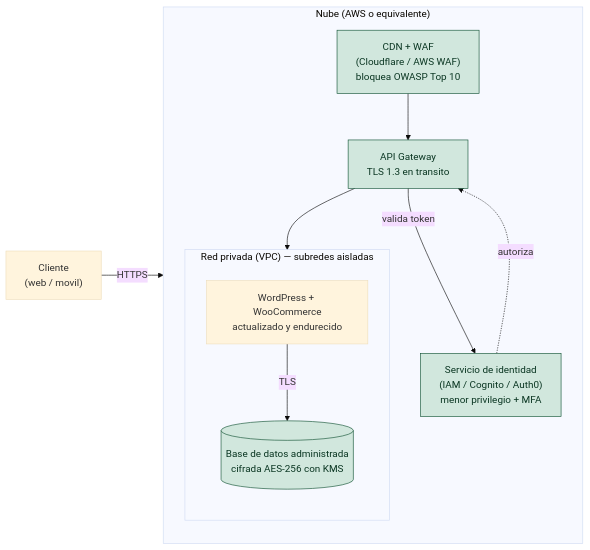
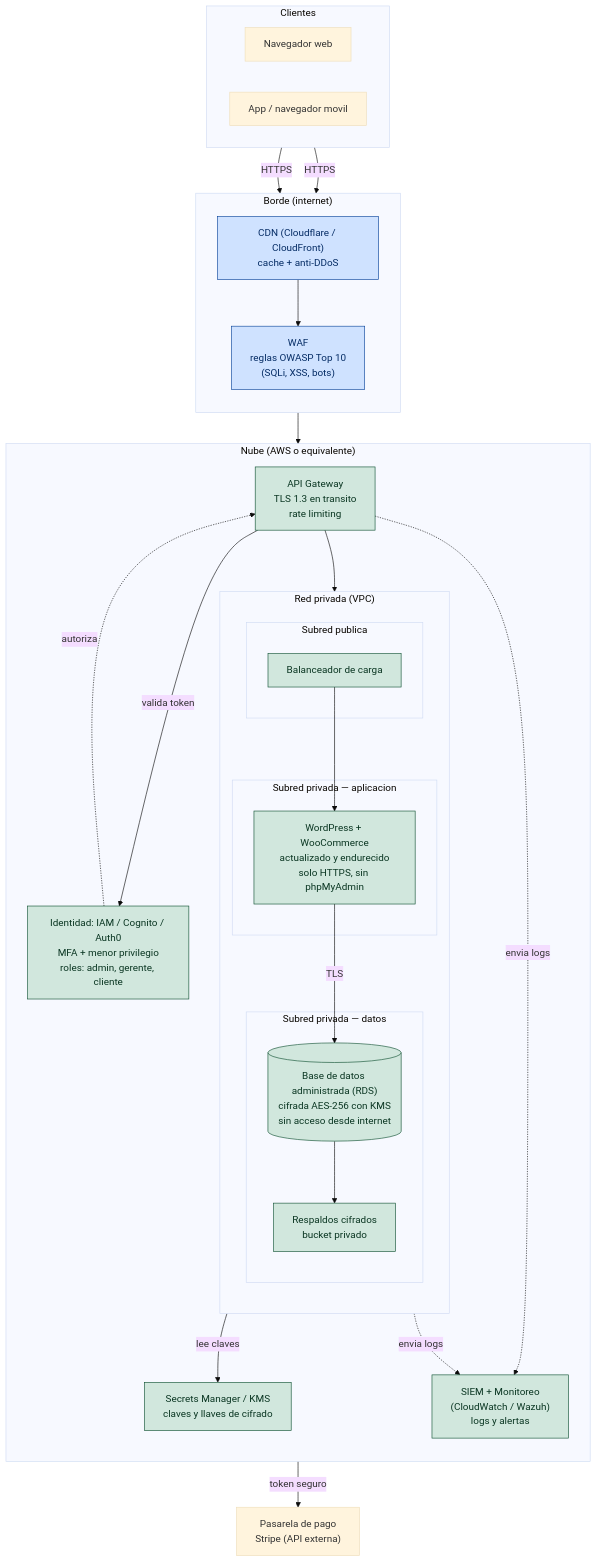
One commit to JavierNavas/tienda-moda-gt changed the second of 2 diagrams in ARQUITECTURA.md. Above: the diagram before and after it, drawn with Mermaid (base theme). The commit also changed other lines of this file and 1 other file, not shown here.

Commit message:
Mejora los diagramas: arquitectura de produccion as-is detallada y rediseno seguro con subredes, IAM, KMS y SIEM

````diff
--- a/ARQUITECTURA.md
+++ b/ARQUITECTURA.md
@@ -94,26 +128,57 @@
 ```mermaid
-flowchart LR
-    U["Cliente<br/>(web / movil)"]
+flowchart TB
+    subgraph CLIENTES["Clientes"]
+        direction LR
+        WEB["Navegador web"]
+        MOV["App / navegador movil"]
+    end
+
+    subgraph EDGE["Borde (internet)"]
+        direction TB
+        CDN["CDN (Cloudflare / CloudFront)<br/>cache + anti-DDoS"]
+        WAF["WAF<br/>reglas OWASP Top 10<br/>(SQLi, XSS, bots)"]
+    end
 
     subgraph CLOUD["Nube (AWS o equivalente)"]
         direction TB
-        WAF["CDN + WAF<br/>(Cloudflare / AWS WAF)<br/>bloquea OWASP Top 10"]
-        GW["API Gateway<br/>TLS 1.3 en transito"]
-        IAM["Servicio de identidad<br/>(IAM / Cognito / Auth0)<br/>menor privilegio + MFA"]
+        GW["API Gateway<br/>TLS 1.3 en transito<br/>rate limiting"]
+        IAM["Identidad: IAM / Cognito / Auth0<br/>MFA + menor privilegio<br/>roles: admin, gerente, cliente"]
+        SEC["Secrets Manager / KMS<br/>claves y llaves de cifrado"]
 
-        subgraph VPC["Red privada (VPC) — subredes aisladas"]
+        subgraph VPC["Red privada (VPC)"]
             direction TB
-            APP["WordPress + WooCommerce<br/>actualizado y endurecido"]
-            DB[("Base de datos administrada<br/>cifrada AES-256 con KMS")]
+            subgraph PUB["Subred publica"]
+                LB["Balanceador de carga"]
+            end
+            subgraph SAPP["Subred privada — aplicacion"]
+                APP["WordPress + WooCommerce<br/>actualizado y endurecido<br/>solo HTTPS, sin phpMyAdmin"]
+            end
+            subgraph SDATA["Subred privada — datos"]
+                DB[("Base de datos administrada (RDS)<br/>cifrada AES-256 con KMS<br/>sin acceso desde internet")]
+                BK["Respaldos cifrados<br/>bucket privado"]
+            end
         end
+
+        SIEM["SIEM + Monitoreo<br/>(CloudWatch / Wazuh)<br/>logs y alertas"]
     end
 
-    U -->|"HTTPS"| WAF --> GW
+    PAY["Pasarela de pago<br/>Stripe (API externa)"]
+
+    WEB -->|"HTTPS"| CDN
+    MOV -->|"HTTPS"| CDN
+    CDN --> WAF --> GW
     GW -->|"valida token"| IAM
-    GW --> APP
+    GW --> LB --> APP
     APP -->|"TLS"| DB
+    APP -->|"token seguro"| PAY
+    APP -->|"lee claves"| SEC
+    DB --> BK
+    APP -.->|"envia logs"| SIEM
+    GW -.->|"envia logs"| SIEM
     IAM -.->|"autoriza"| GW
 
     classDef sec fill:#d1e7dd,stroke:#0f5132,color:#0a3622;
-    class WAF,GW,IAM,DB sec;
+    classDef edge fill:#cfe2ff,stroke:#084298,color:#052c65;
+    class GW,IAM,SEC,APP,DB,BK,LB,SIEM sec;
+    class CDN,WAF edge;
 ```
````
